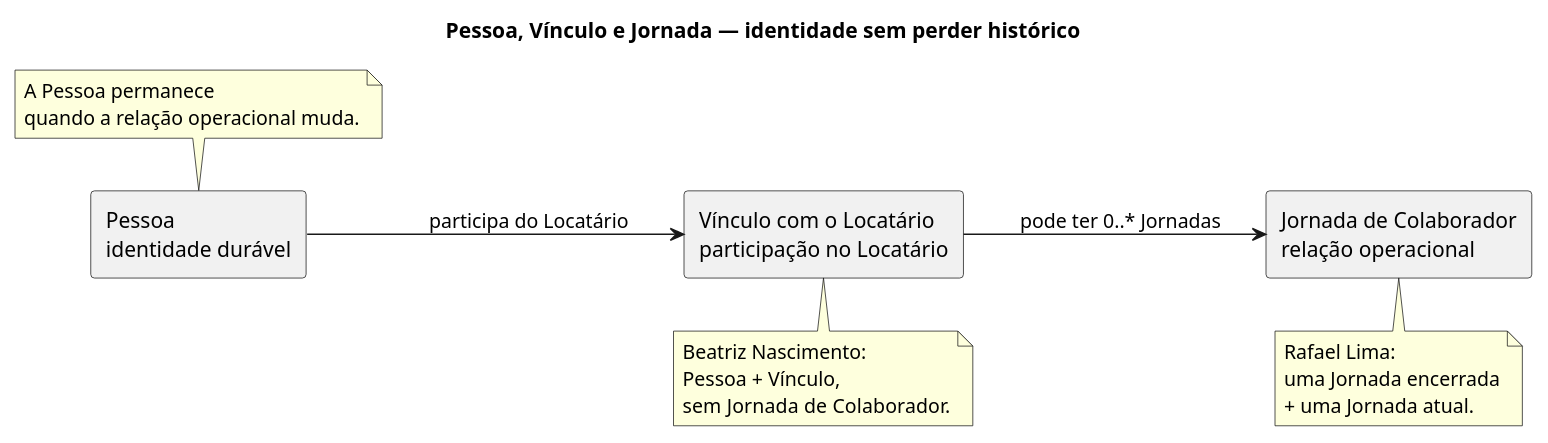
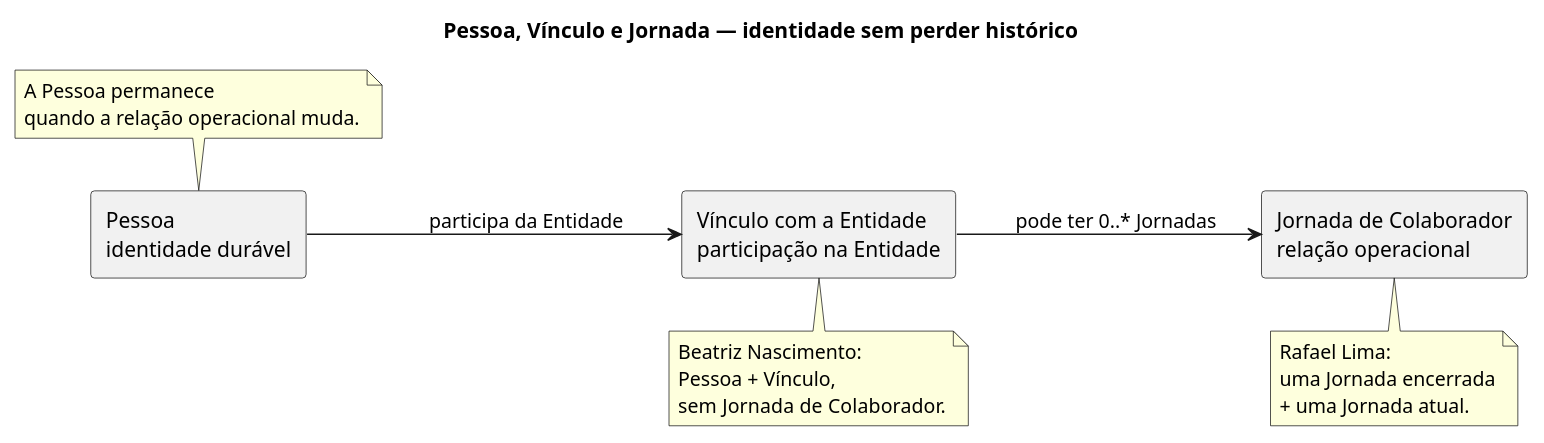
One commit to RodrigoMattosoSilveira/EnterpriseRemoteSystems changed the diagram in docs/uml/demo/02-pessoa-vinculo-jornada.puml. Above: the diagram before and after it, drawn with PlantUML. The commit also changed 10 other files, not shown here.

```diff
--- a/docs/uml/demo/02-pessoa-vinculo-jornada.puml
+++ b/docs/uml/demo/02-pessoa-vinculo-jornada.puml
@@ -1,30 +1,30 @@
 @startuml
 title Pessoa, Vínculo e Jornada — identidade sem perder histórico
 
 left to right direction
 
 rectangle "Pessoa\nidentidade durável" as Pessoa
-rectangle "Vínculo com o Locatário\nparticipação no Locatário" as Vinculo
+rectangle "Vínculo com a Entidade\nparticipação na Entidade" as Vinculo
 rectangle "Jornada de Colaborador\nrelação operacional" as Jornada
 
-Pessoa --> Vinculo : participa do Locatário
+Pessoa --> Vinculo : participa da Entidade
 Vinculo --> Jornada : pode ter 0..* Jornadas
 
 note top of Pessoa
 A Pessoa permanece
 quando a relação operacional muda.
 end note
 
 note bottom of Vinculo
 Beatriz Nascimento:
 Pessoa + Vínculo,
 sem Jornada de Colaborador.
 end note
 
 note bottom of Jornada
 Rafael Lima:
 uma Jornada encerrada
 + uma Jornada atual.
 end note
 
 @enduml
```
